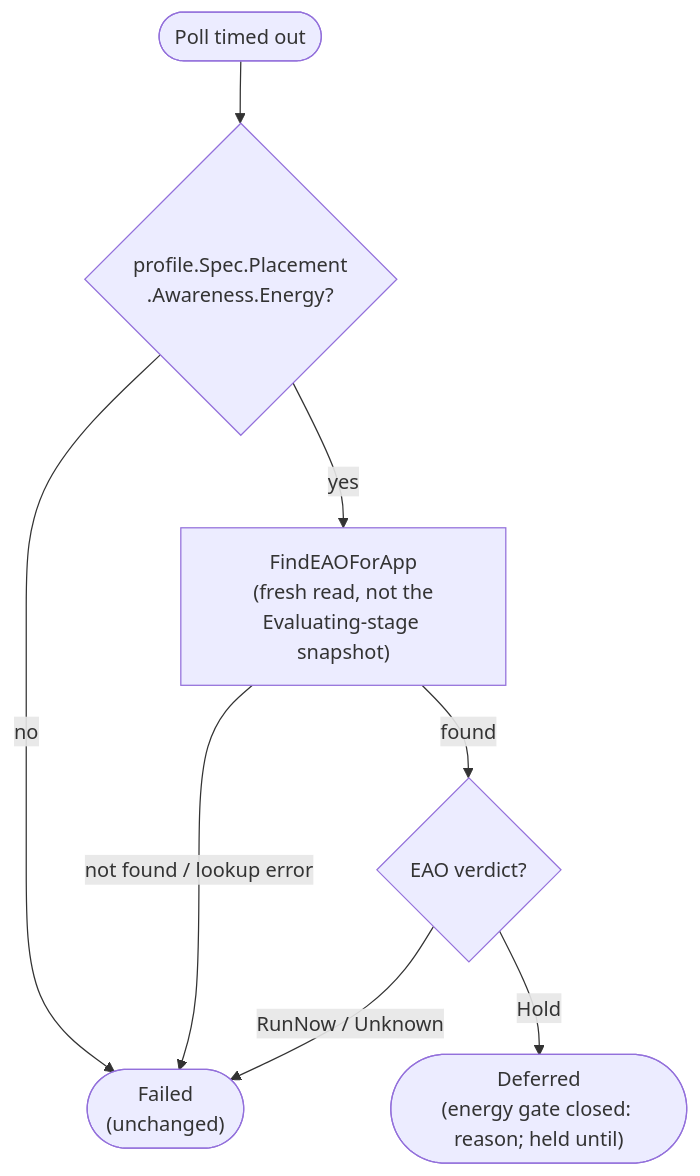
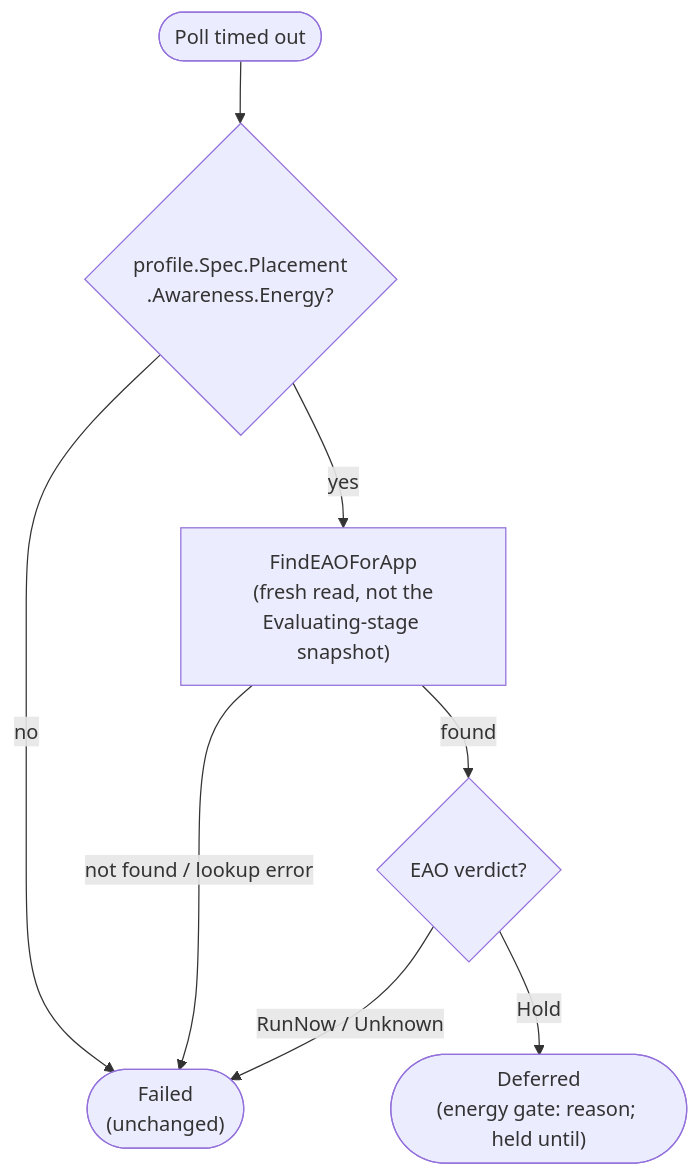
One commit to HIRO-MicroDataCenters-BV/hiro-adaptive-orchestrator changed the tenth of 35 diagrams in internal/rebalance/README.md. Above: the diagram before and after it, drawn with Mermaid. The commit also changed other lines of this file and 33 other files, not shown here.

Commit message:
Refuse Move and AdjustResources during an energy hold, retry only pods the gate held, make the retry age configurable, and flag undeclared autoscalers

````diff
--- a/internal/rebalance/README.md
+++ b/internal/rebalance/README.md
@@ -525,10 +544,10 @@
 ```mermaid
 flowchart TD
     Timeout(["Poll timed out"]) --> Aware{"profile.Spec.Placement<br/>.Awareness.Energy?"}
     Aware -- no --> Failed(["Failed<br/>(unchanged)"])
     Aware -- yes --> Lookup["FindEAOForApp<br/>(fresh read, not the<br/>Evaluating-stage snapshot)"]
     Lookup -- "not found / lookup error" --> Failed
     Lookup -- found --> Verdict{"EAO verdict?"}
     Verdict -- "RunNow / Unknown" --> Failed
-    Verdict -- "Hold" --> Deferred(["Deferred<br/>(energy gate closed: reason; held until)"])
+    Verdict -- "Hold" --> Deferred(["Deferred<br/>(energy gate: reason; held until)"])
 ```
````
